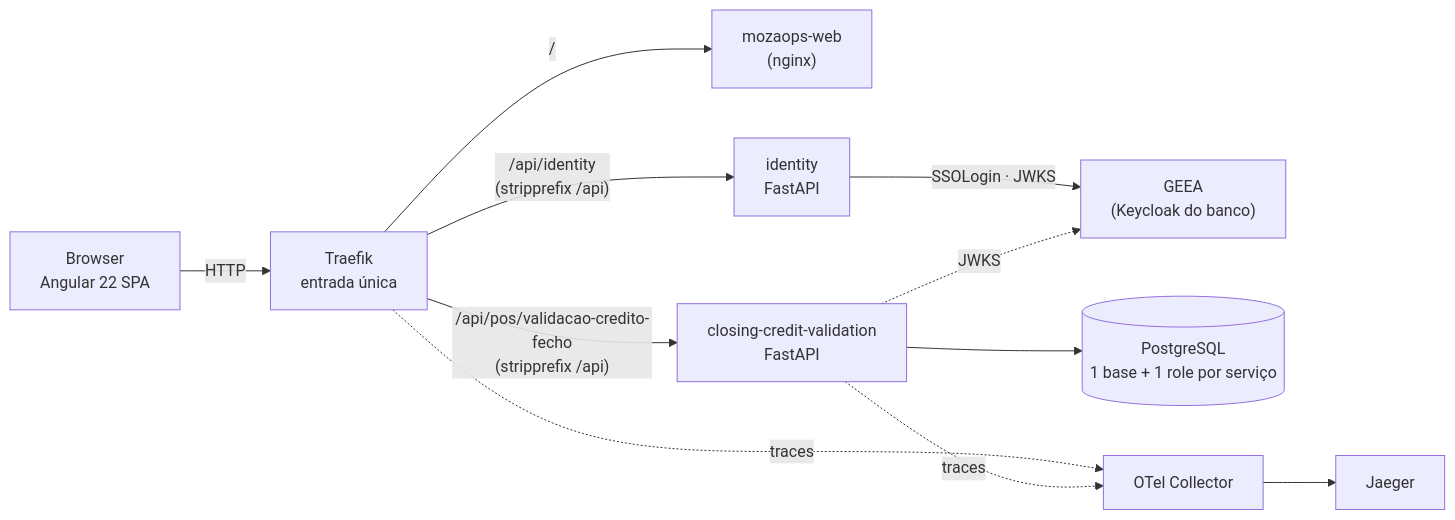
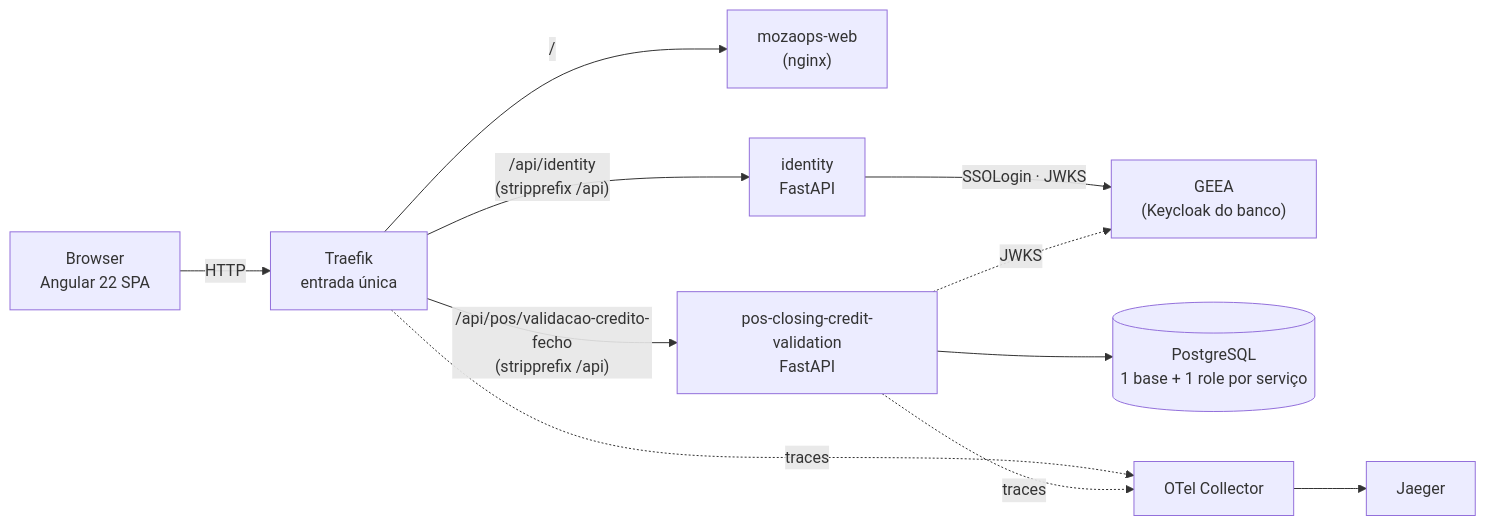
The first of 2 diagrams in ARCHITECTURE.md (DaltonChivambo/ops), drawn with Mermaid before and after one commit. The commit also changed other lines of this file and 78 other files, not shown here.

First line of the commit message:
refactor(pos): renomeia closing-credit-validation para pos-closing-credit-validation

````diff
--- a/ARCHITECTURE.md
+++ b/ARCHITECTURE.md
@@ -18,17 +18,17 @@
 ```mermaid
 flowchart LR
     B["Browser<br/>Angular 22 SPA"] -- "HTTP" --> TR["Traefik<br/>entrada única"]
 
     TR -- "/" --> FE["mozaops-web<br/>(nginx)"]
-    TR -- "/api/pos/validacao-credito-fecho<br/>(stripprefix /api)" --> CR["closing-credit-validation<br/>FastAPI"]
+    TR -- "/api/pos/validacao-credito-fecho<br/>(stripprefix /api)" --> CR["pos-closing-credit-validation<br/>FastAPI"]
     TR -- "/api/identity<br/>(stripprefix /api)" --> ID["identity<br/>FastAPI"]
 
     ID -- "SSOLogin · JWKS" --> GE["GEEA<br/>(Keycloak do banco)"]
     CR -. "JWKS" .-> GE
 
     CR --> PG[("PostgreSQL<br/>1 base + 1 role por serviço")]
 
     TR -. "traces" .-> OT["OTel Collector"]
     CR -. "traces" .-> OT
     OT --> JG["Jaeger"]
 ```
````
